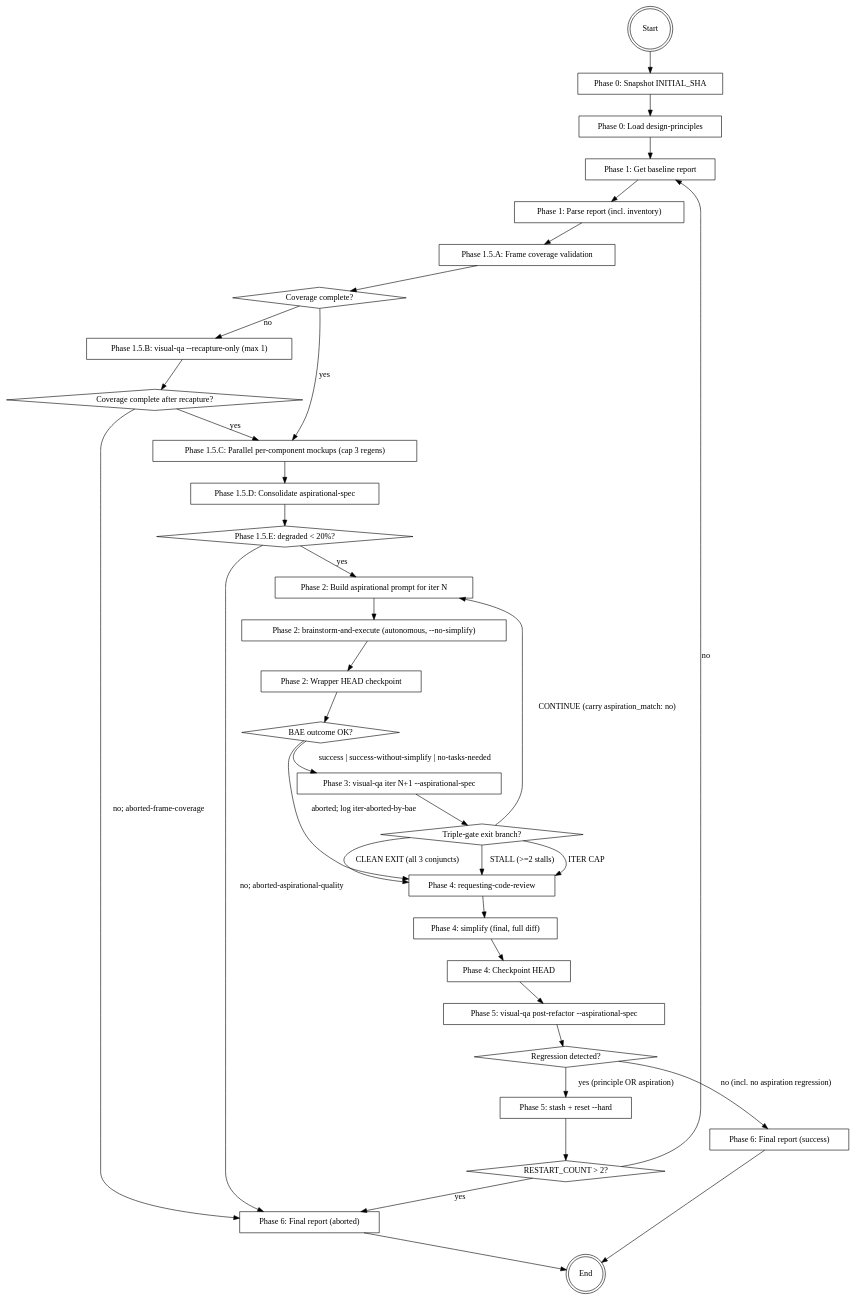
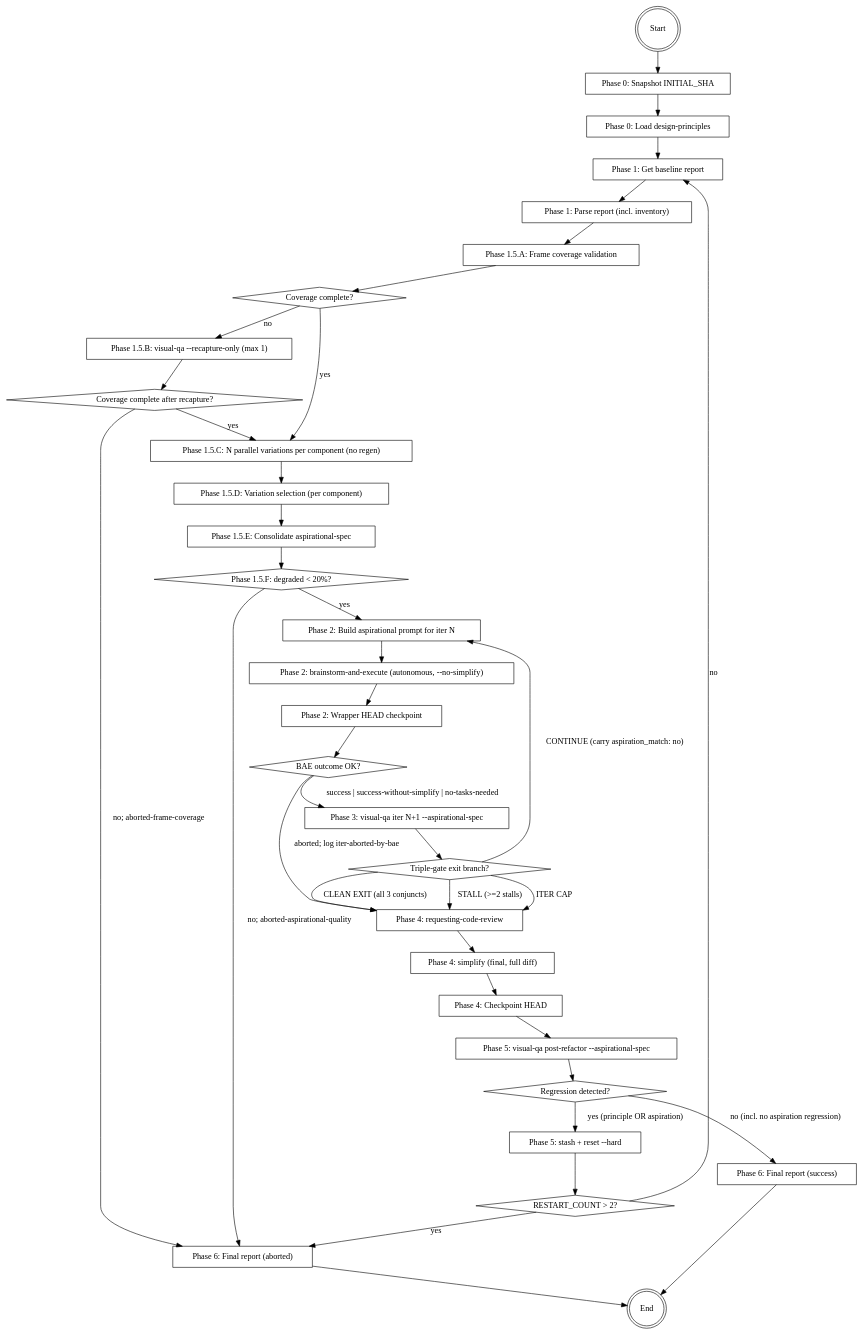
The diagram in visual-refine/SKILL.md (AlexandreCamillo/skills), drawn with Graphviz before and after one commit. The commit also changed other lines of this file, not shown here.

````diff
--- a/visual-refine/SKILL.md
+++ b/visual-refine/SKILL.md
@@ -270,58 +347,59 @@
 ```dot
 digraph visual_refine {
     "Start" [shape=doublecircle];
     "Phase 0: Snapshot INITIAL_SHA" [shape=box];
     "Phase 0: Load design-principles" [shape=box];
     "Phase 1: Get baseline report" [shape=box];
     "Phase 1: Parse report (incl. inventory)" [shape=box];
     "Phase 1.5.A: Frame coverage validation" [shape=box];
     "Coverage complete?" [shape=diamond];
     "Phase 1.5.B: visual-qa --recapture-only (max 1)" [shape=box];
     "Coverage complete after recapture?" [shape=diamond];
-    "Phase 1.5.C: Parallel per-component mockups (cap 3 regens)" [shape=box];
-    "Phase 1.5.D: Consolidate aspirational-spec" [shape=box];
-    "Phase 1.5.E: degraded < 20%?" [shape=diamond];
+    "Phase 1.5.C: N parallel variations per component (no regen)" [shape=box];
+    "Phase 1.5.D: Variation selection (per component)" [shape=box];
+    "Phase 1.5.E: Consolidate aspirational-spec" [shape=box];
+    "Phase 1.5.F: degraded < 20%?" [shape=diamond];
     "Phase 2: Build aspirational prompt for iter N" [shape=box];
     "Phase 2: brainstorm-and-execute (autonomous, --no-simplify)" [shape=box];
     "Phase 2: Wrapper HEAD checkpoint" [shape=box];
     "BAE outcome OK?" [shape=diamond];
     "Phase 3: visual-qa iter N+1 --aspirational-spec" [shape=box];
     "Triple-gate exit branch?" [shape=diamond];
     "Phase 4: requesting-code-review" [shape=box];
     "Phase 4: simplify (final, full diff)" [shape=box];
     "Phase 4: Checkpoint HEAD" [shape=box];
     "Phase 5: visual-qa post-refactor --aspirational-spec" [shape=box];
     "Regression detected?" [shape=diamond];
     "Phase 5: stash + reset --hard" [shape=box];
     "RESTART_COUNT > 2?" [shape=diamond];
     "Phase 6: Final report (aborted)" [shape=box];
     "Phase 6: Final report (success)" [shape=box];
     "End" [shape=doublecircle];
 
     "Start" -> "Phase 0: Snapshot INITIAL_SHA" -> "Phase 0: Load design-principles" -> "Phase 1: Get baseline report" -> "Phase 1: Parse report (incl. inventory)" -> "Phase 1.5.A: Frame coverage validation" -> "Coverage complete?";
-    "Coverage complete?" -> "Phase 1.5.C: Parallel per-component mockups (cap 3 regens)" [label="yes"];
+    "Coverage complete?" -> "Phase 1.5.C: N parallel variations per component (no regen)" [label="yes"];
     "Coverage complete?" -> "Phase 1.5.B: visual-qa --recapture-only (max 1)" [label="no"];
     "Phase 1.5.B: visual-qa --recapture-only (max 1)" -> "Coverage complete after recapture?";
-    "Coverage complete after recapture?" -> "Phase 1.5.C: Parallel per-component mockups (cap 3 regens)" [label="yes"];
+    "Coverage complete after recapture?" -> "Phase 1.5.C: N parallel variations per component (no regen)" [label="yes"];
     "Coverage complete after recapture?" -> "Phase 6: Final report (aborted)" [label="no; aborted-frame-coverage"];
-    "Phase 1.5.C: Parallel per-component mockups (cap 3 regens)" -> "Phase 1.5.D: Consolidate aspirational-spec" -> "Phase 1.5.E: degraded < 20%?";
-    "Phase 1.5.E: degraded < 20%?" -> "Phase 2: Build aspirational prompt for iter N" [label="yes"];
-    "Phase 1.5.E: degraded < 20%?" -> "Phase 6: Final report (aborted)" [label="no; aborted-aspirational-quality"];
+    "Phase 1.5.C: N parallel variations per component (no regen)" -> "Phase 1.5.D: Variation selection (per component)" -> "Phase 1.5.E: Consolidate aspirational-spec" -> "Phase 1.5.F: degraded < 20%?";
+    "Phase 1.5.F: degraded < 20%?" -> "Phase 2: Build aspirational prompt for iter N" [label="yes"];
+    "Phase 1.5.F: degraded < 20%?" -> "Phase 6: Final report (aborted)" [label="no; aborted-aspirational-quality"];
     "Phase 2: Build aspirational prompt for iter N" -> "Phase 2: brainstorm-and-execute (autonomous, --no-simplify)" -> "Phase 2: Wrapper HEAD checkpoint" -> "BAE outcome OK?";
     "BAE outcome OK?" -> "Phase 3: visual-qa iter N+1 --aspirational-spec" [label="success | success-without-simplify | no-tasks-needed"];
     "BAE outcome OK?" -> "Phase 4: requesting-code-review" [label="aborted; log iter-aborted-by-bae"];
     "Phase 3: visual-qa iter N+1 --aspirational-spec" -> "Triple-gate exit branch?";
     "Triple-gate exit branch?" -> "Phase 4: requesting-code-review" [label="CLEAN EXIT (all 3 conjuncts)"];
     "Triple-gate exit branch?" -> "Phase 4: requesting-code-review" [label="STALL (>=2 stalls)"];
     "Triple-gate exit branch?" -> "Phase 4: requesting-code-review" [label="ITER CAP"];
     "Triple-gate exit branch?" -> "Phase 2: Build aspirational prompt for iter N" [label="CONTINUE (carry aspiration_match: no)"];
     "Phase 4: requesting-code-review" -> "Phase 4: simplify (final, full diff)" -> "Phase 4: Checkpoint HEAD" -> "Phase 5: visual-qa post-refactor --aspirational-spec" -> "Regression detected?";
     "Regression detected?" -> "Phase 6: Final report (success)" [label="no (incl. no aspiration regression)"];
     "Regression detected?" -> "Phase 5: stash + reset --hard" [label="yes (principle OR aspiration)"];
     "Phase 5: stash + reset --hard" -> "RESTART_COUNT > 2?";
     "RESTART_COUNT > 2?" -> "Phase 6: Final report (aborted)" [label="yes"];
     "RESTART_COUNT > 2?" -> "Phase 1: Get baseline report" [label="no"];
     "Phase 6: Final report (success)" -> "End";
     "Phase 6: Final report (aborted)" -> "End";
 }
 ```
````
